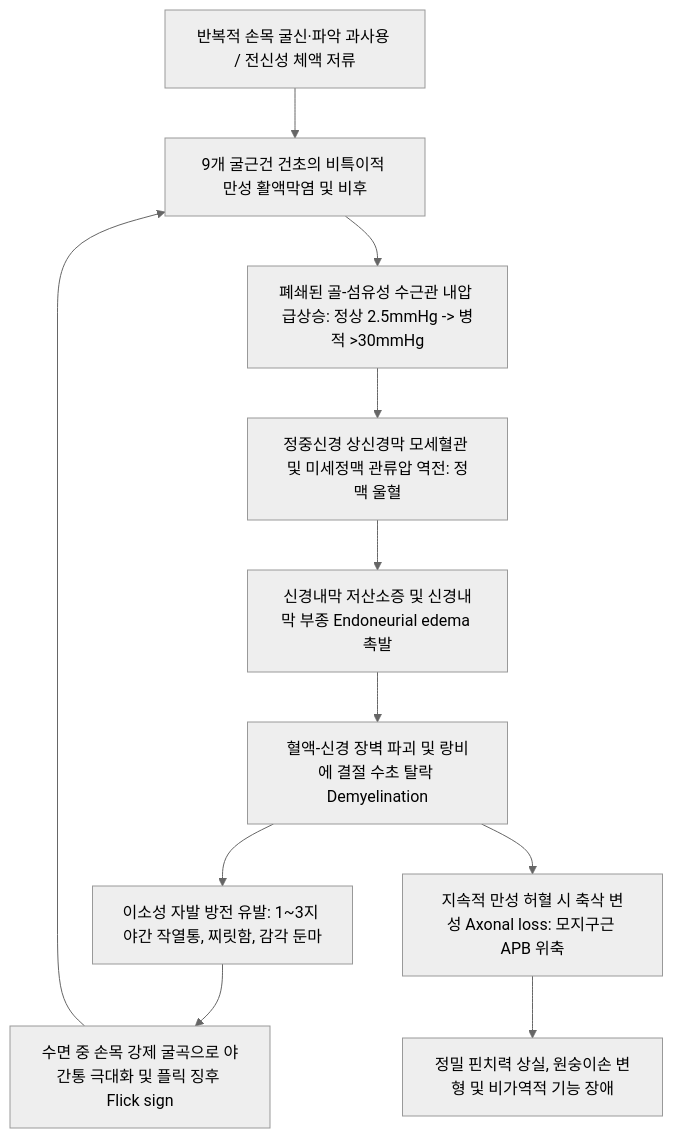
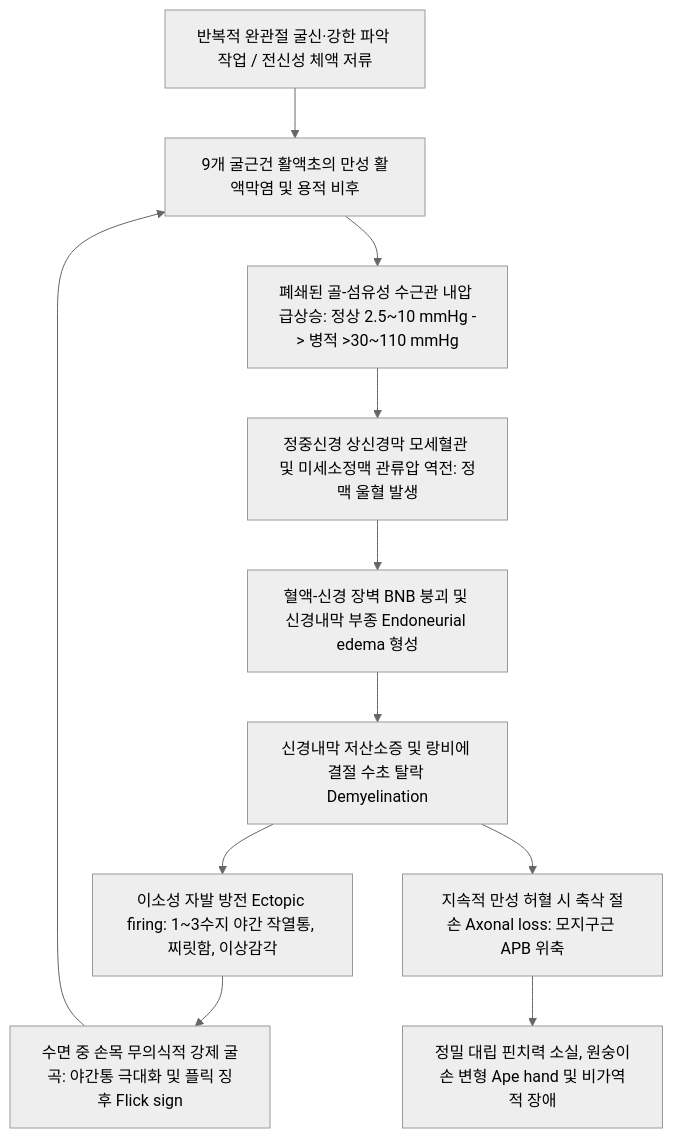
One commit to simbio11/simbio-digital-garden2 changed the diagram in content/3. 이론 공부/질환/근골격계 질환/상지/수근관 증후군.md. Above: the diagram before and after it, drawn with Mermaid (neutral theme). The commit also changed other lines of this file and 78 other files, not shown here.

````diff
--- a/content/3. 이론 공부/질환/근골격계 질환/상지/수근관 증후군.md
+++ b/content/3. 이론 공부/질환/근골격계 질환/상지/수근관 증후군.md
@@ -94,13 +107,13 @@
 ```mermaid
 graph TD
-    A[반복적 손목 굴신·파악 과사용 / 전신성 체액 저류] --> B[9개 굴근건 건초의 비특이적 만성 활액막염 및 비후]
-    B --> C[폐쇄된 골-섬유성 수근관 내압 급상승: 정상 2.5mmHg -> 병적 >30mmHg]
-    C --> D[정중신경 상신경막 모세혈관 및 미세정맥 관류압 역전: 정맥 울혈]
-    D --> E[신경내막 저산소증 및 신경내막 부종 Endoneurial edema 촉발]
-    E --> F[혈액-신경 장벽 파괴 및 랑비에 결절 수초 탈락 Demyelination]
-    F --> G[이소성 자발 방전 유발: 1~3지 야간 작열통, 찌릿함, 감각 둔마]
-    F --> H[지속적 만성 허혈 시 축삭 변성 Axonal loss: 모지구근 APB 위축]
-    G --> I[수면 중 손목 강제 굴곡으로 야간통 극대화 및 플릭 징후 Flick sign]
-    H --> J[정밀 핀치력 상실, 원숭이손 변형 및 비가역적 기능 장애]
+    A[반복적 완관절 굴신·강한 파악 작업 / 전신성 체액 저류] --> B[9개 굴근건 활액초의 만성 활액막염 및 용적 비후]
+    B --> C[폐쇄된 골-섬유성 수근관 내압 급상승: 정상 2.5~10 mmHg -> 병적 >30~110 mmHg]
+    C --> D[정중신경 상신경막 모세혈관 및 미세소정맥 관류압 역전: 정맥 울혈 발생]
+    D --> E[혈액-신경 장벽 BNB 붕괴 및 신경내막 부종 Endoneurial edema 형성]
+    E --> F[신경내막 저산소증 및 랑비에 결절 수초 탈락 Demyelination]
+    F --> G[이소성 자발 방전 Ectopic firing: 1~3수지 야간 작열통, 찌릿함, 이상감각]
+    F --> H[지속적 만성 허혈 시 축삭 절손 Axonal loss: 모지구근 APB 위축]
+    G --> I[수면 중 손목 무의식적 강제 굴곡: 야간통 극대화 및 플릭 징후 Flick sign]
+    H --> J[정밀 대립 핀치력 소실, 원숭이손 변형 Ape hand 및 비가역적 장애]
     I --> B
 ```
````
